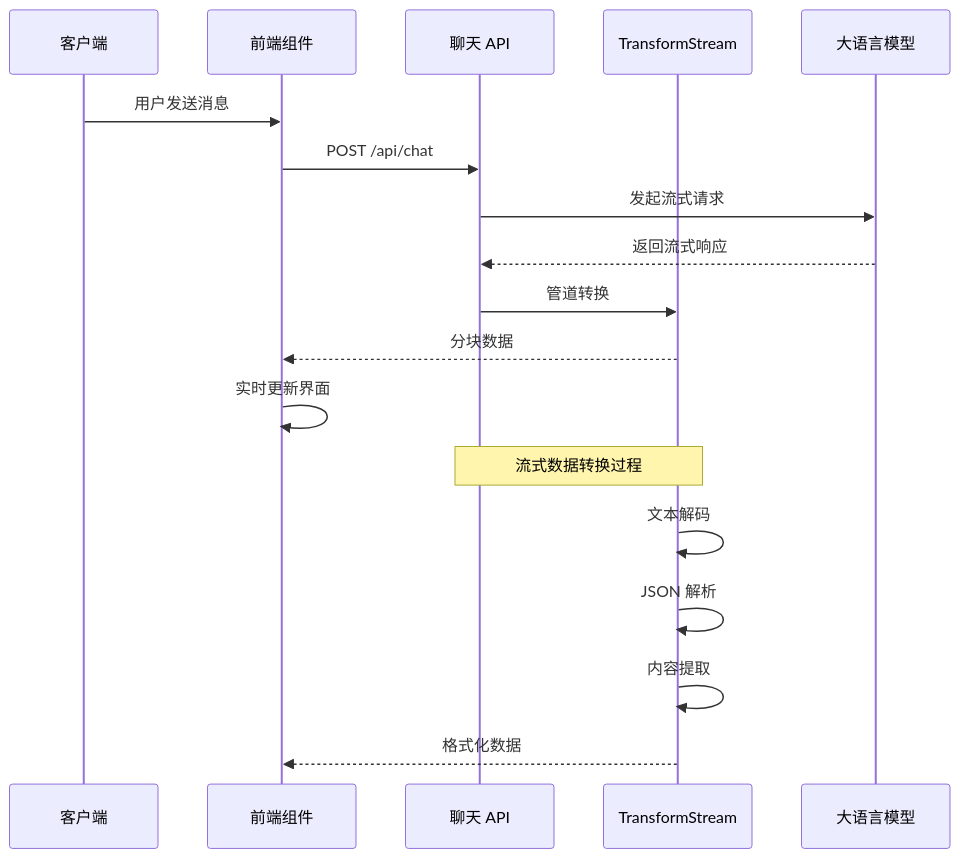
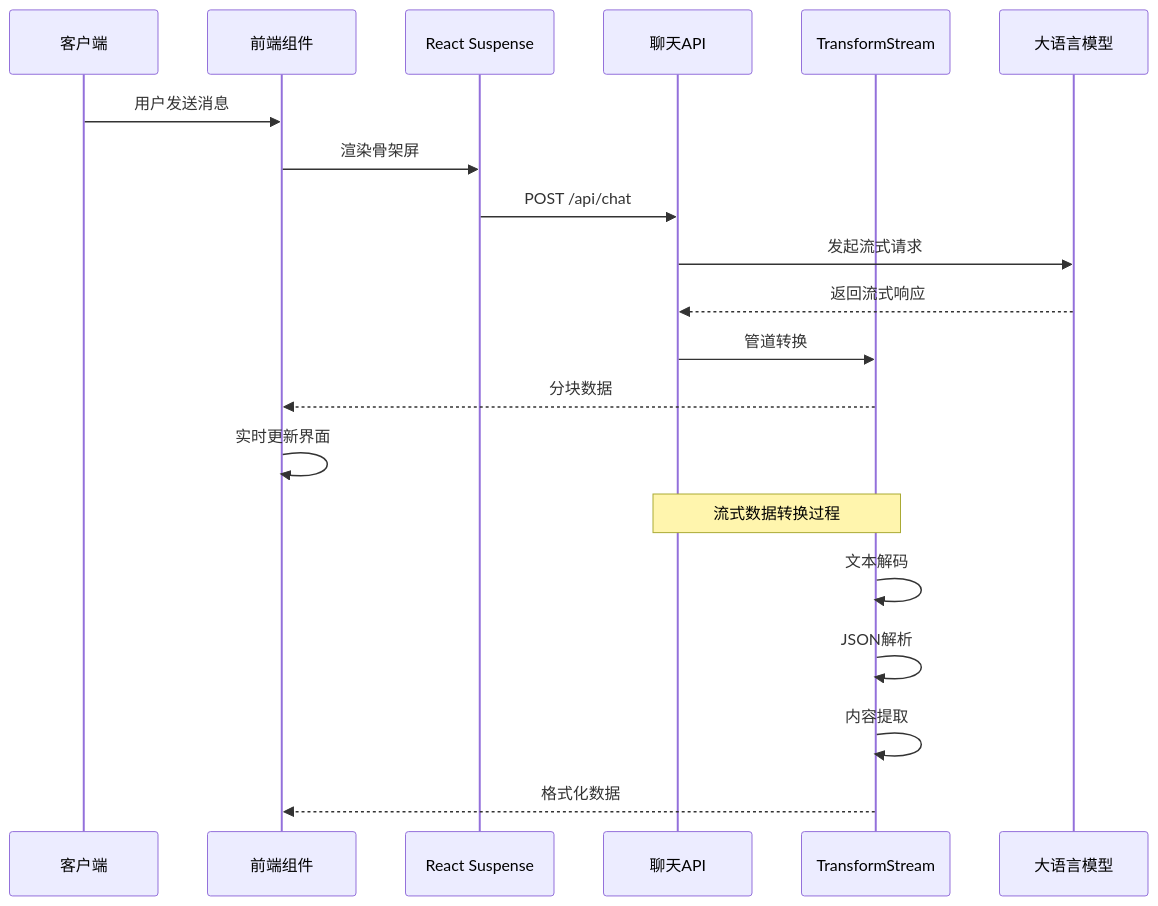
Before and after one commit to lbl-bm/notebookLM-clone: the second of 8 diagrams in .qoder/repowiki/zh/content/RAG 问答系统/流式输出实现.md, drawn with Mermaid. The commit also changed other lines of this file and 3 other files, not shown here.

````diff
--- a/.qoder/repowiki/zh/content/RAG 问答系统/流式输出实现.md
+++ b/.qoder/repowiki/zh/content/RAG 问答系统/流式输出实现.md
@@ -118,20 +153,22 @@
 ```mermaid
 sequenceDiagram
 participant Client as 客户端
 participant Frontend as 前端组件
-participant API as 聊天 API
+participant Suspense as React Suspense
+participant API as 聊天API
 participant Transform as TransformStream
 participant LLM as 大语言模型
 Client->>Frontend : 用户发送消息
-Frontend->>API : POST /api/chat
+Frontend->>Suspense : 渲染骨架屏
+Suspense->>API : POST /api/chat
 API->>LLM : 发起流式请求
 LLM-->>API : 返回流式响应
 API->>Transform : 管道转换
 Transform-->>Frontend : 分块数据
 Frontend->>Frontend : 实时更新界面
 Note over API,Transform : 流式数据转换过程
 Transform->>Transform : 文本解码
-Transform->>Transform : JSON 解析
+Transform->>Transform : JSON解析
 Transform->>Transform : 内容提取
 Transform-->>Frontend : 格式化数据
 ```
````
